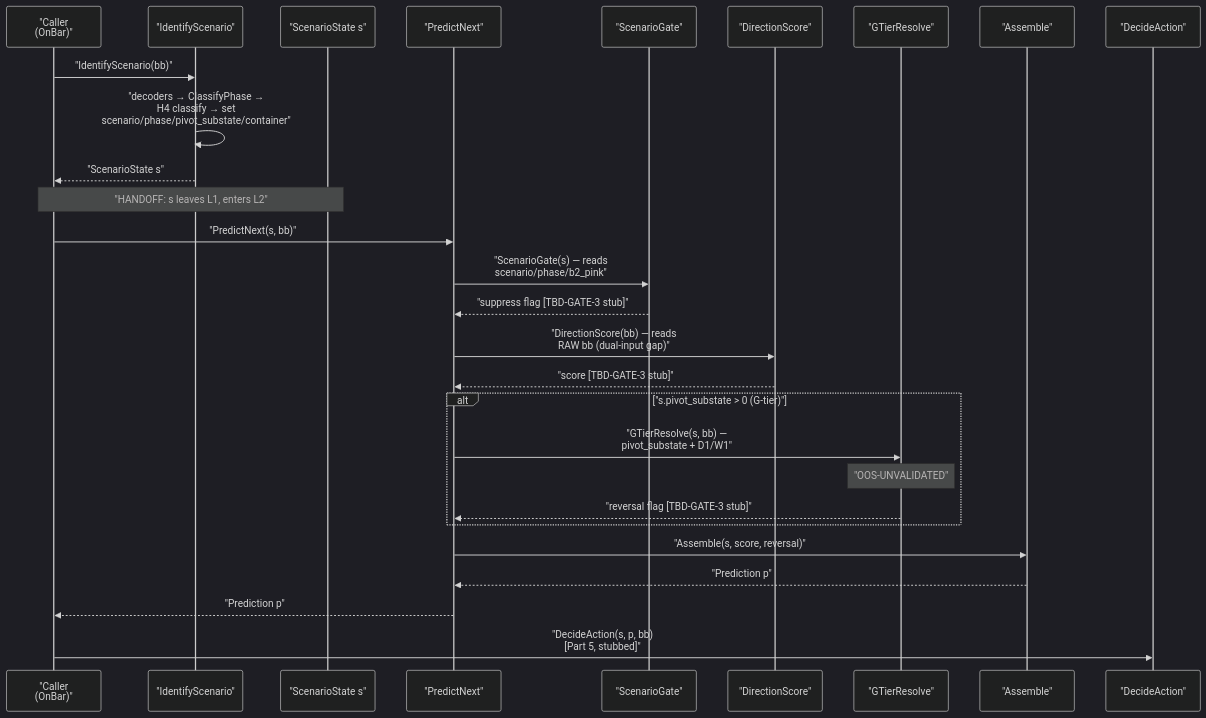
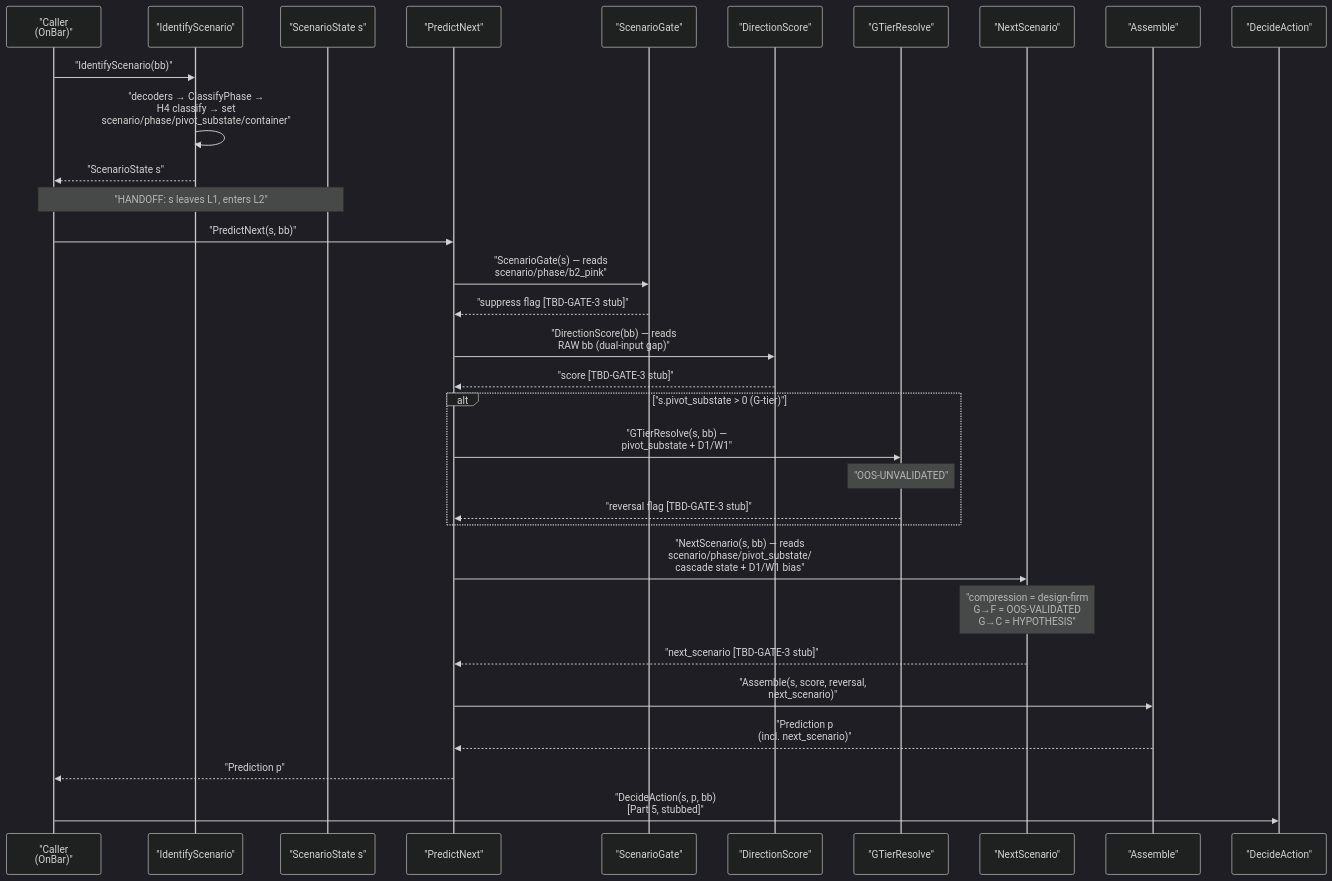
The seventh of 19 diagrams in references/ARCHITECTURE.md (Terrypang89/BB_MTF_M15_STRATEGY), drawn with Mermaid (dark theme) before and after one commit. The commit also changed other lines of this file and 2 other files, not shown here.

First line of the commit message:
Document arming/firing freshness split, NextScenario wiring, and V31.02 bug postmortem

````diff
--- a/references/ARCHITECTURE.md
+++ b/references/ARCHITECTURE.md
@@ -384,36 +401,41 @@
 ```mermaid
 sequenceDiagram
     participant Caller as "Caller<br/>(OnBar)"
     participant Ident as "IdentifyScenario"
     participant SS as "ScenarioState s"
     participant PNX as "PredictNext"
     participant SG as "ScenarioGate"
     participant DS as "DirectionScore"
     participant GTR as "GTierResolve"
+    participant NS as "NextScenario"
     participant ASM as "Assemble"
     participant DecAct as "DecideAction"
 
     Caller->>Ident: "IdentifyScenario(bb)"
     Ident->>Ident: "decoders → ClassifyPhase →<br/>H4 classify → set<br/>scenario/phase/pivot_substate/container"
     Ident-->>Caller: "ScenarioState s"
     Note over Caller,SS: "HANDOFF: s leaves L1, enters L2"
 
     Caller->>PNX: "PredictNext(s, bb)"
     PNX->>SG: "ScenarioGate(s) — reads<br/>scenario/phase/b2_pink"
     SG-->>PNX: "suppress flag [TBD-GATE-3 stub]"
 
     PNX->>DS: "DirectionScore(bb) — reads<br/>RAW bb (dual-input gap)"
     DS-->>PNX: "score [TBD-GATE-3 stub]"
 
     alt "s.pivot_substate > 0 (G-tier)"
         PNX->>GTR: "GTierResolve(s, bb) —<br/>pivot_substate + D1/W1"
         note over GTR : "OOS-UNVALIDATED"
         GTR-->>PNX: "reversal flag [TBD-GATE-3 stub]"
     end
 
-    PNX->>ASM: "Assemble(s, score, reversal)"
-    ASM-->>PNX: "Prediction p"
+    PNX->>NS: "NextScenario(s, bb) — reads<br/>scenario/phase/pivot_substate/<br/>cascade state + D1/W1 bias"
+    note over NS : "compression = design-firm<br/>G→F = OOS-VALIDATED<br/>G→C = HYPOTHESIS"
+    NS-->>PNX: "next_scenario [TBD-GATE-3 stub]"
+
+    PNX->>ASM: "Assemble(s, score, reversal,<br/>next_scenario)"
+    ASM-->>PNX: "Prediction p<br/>(incl. next_scenario)"
     PNX-->>Caller: "Prediction p"
 
     Caller->>DecAct: "DecideAction(s, p, bb)<br/>[Part 5, stubbed]"
 ```
````
